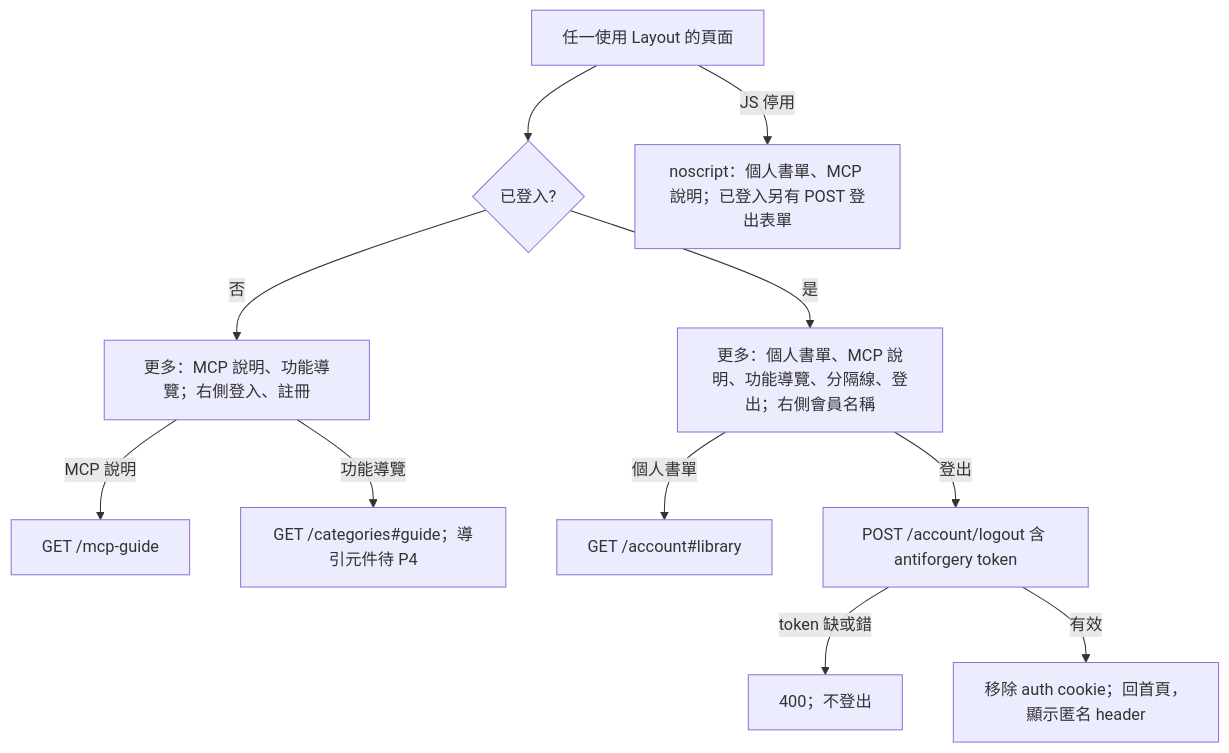
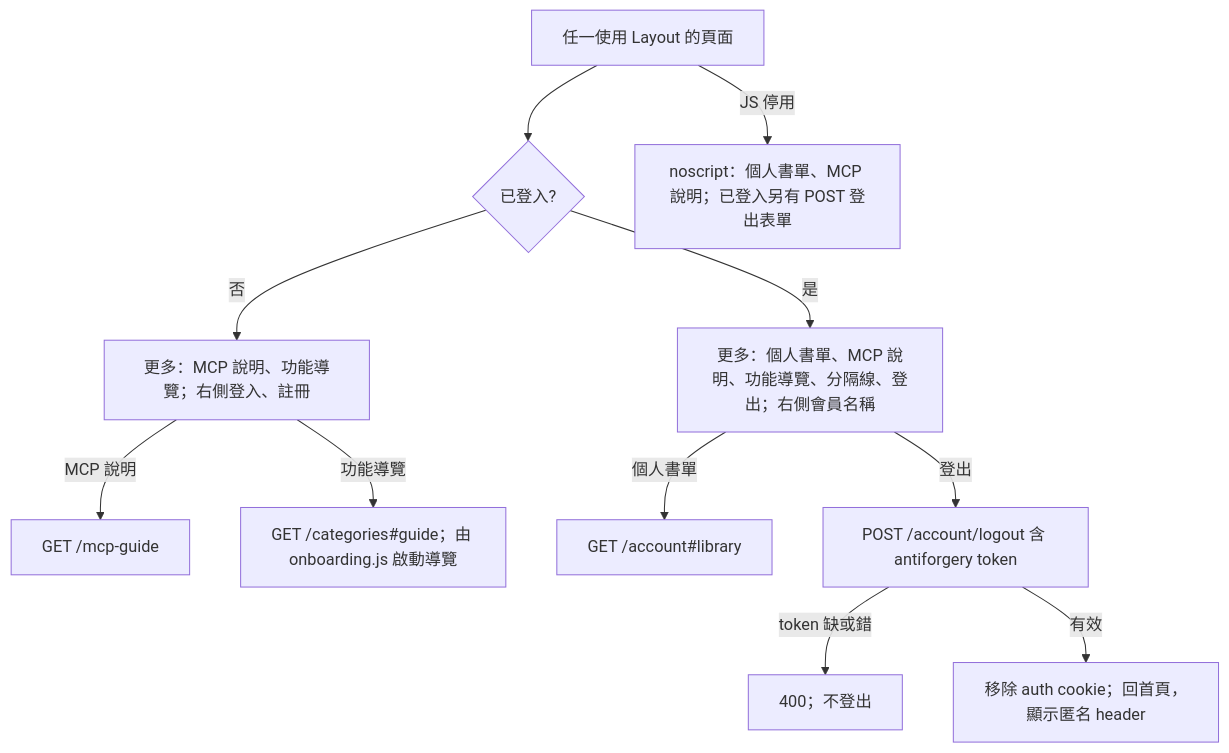
Before and after one commit to Arthur801/Book-Finder: the second of 6 diagrams in Views/docs/workflow-diagram.md, drawn with Mermaid. The commit also changed other lines of this file and 9 other files, not shown here.

````diff
--- a/Views/docs/workflow-diagram.md
+++ b/Views/docs/workflow-diagram.md
@@ -53,13 +53,13 @@
 ```mermaid
 flowchart TD
     A[任一使用 Layout 的頁面] --> B{已登入?}
     B -->|否| C[更多：MCP 說明、功能導覽；右側登入、註冊]
     B -->|是| D[更多：個人書單、MCP 說明、功能導覽、分隔線、登出；右側會員名稱]
     C -->|MCP 說明| E[GET /mcp-guide]
-    C -->|功能導覽| G[GET /categories#guide；導引元件待 P4]
+    C -->|功能導覽| G[GET /categories#guide；由 onboarding.js 啟動導覽]
     D -->|個人書單| F[GET /account#library]
     D -->|登出| H[POST /account/logout 含 antiforgery token]
     H -->|token 缺或錯| I[400；不登出]
     H -->|有效| J[移除 auth cookie；回首頁，顯示匿名 header]
     A -->|JS 停用| K[noscript：個人書單、MCP 說明；已登入另有 POST 登出表單]
 ```
````
